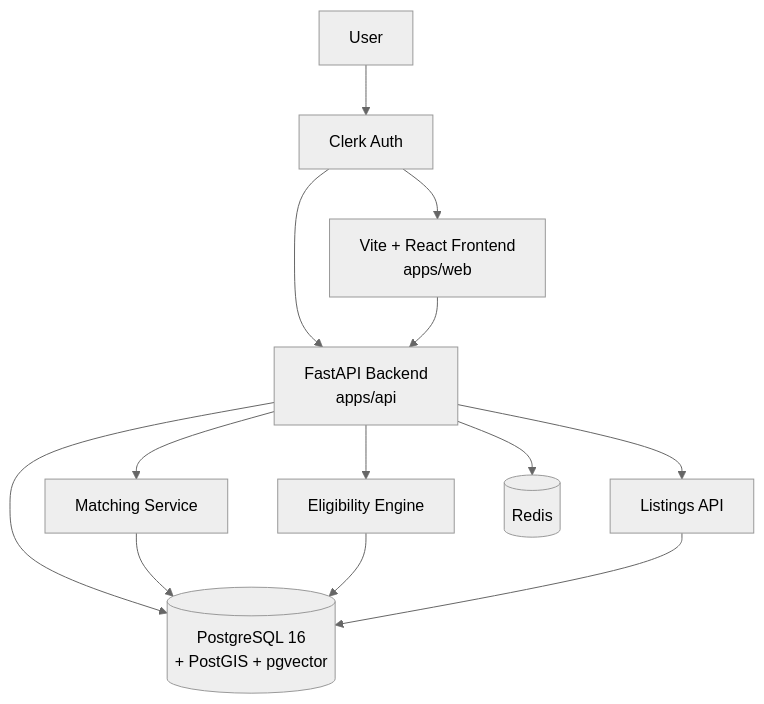
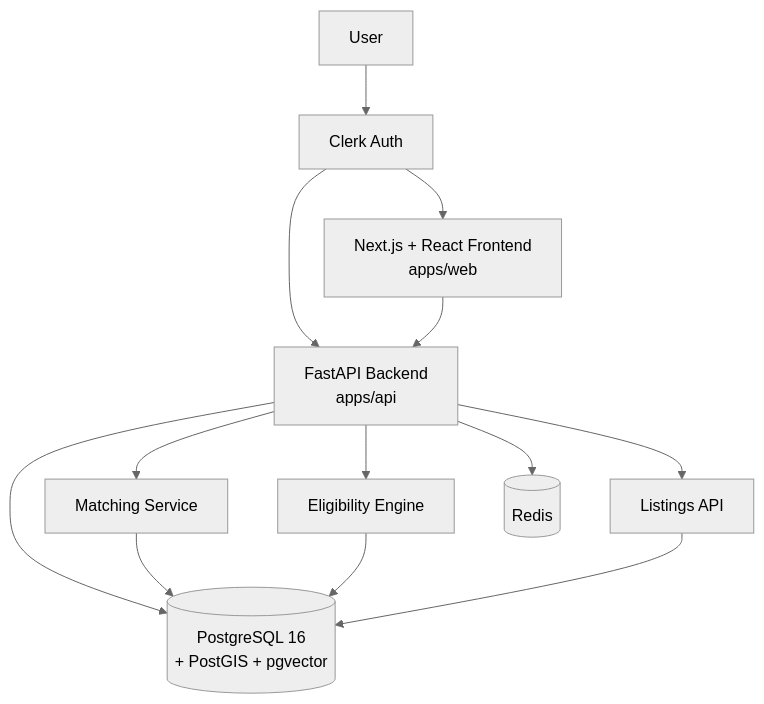
One commit to Chukwuemekaokafor77/MAPLEMATCH changed the diagram in MapleMatch/README.md. Above: the diagram before and after it, drawn with Mermaid (neutral theme).

Commit message:
Update frontend framework from Vite to Next.js

````diff
--- a/MapleMatch/README.md
+++ b/MapleMatch/README.md
@@ -48,15 +48,15 @@
 ```mermaid
 graph TB
     User[User] --> Clerk[Clerk Auth]
-    Clerk --> Web[Vite + React Frontend<br/>apps/web]
+    Clerk --> Web[Next.js + React Frontend<br/>apps/web]
     Clerk --> API[FastAPI Backend<br/>apps/api]
     Web --> API
     API --> Eligibility[Eligibility Engine]
     API --> Matching[Matching Service]
     API --> Listings[Listings API]
     API --> DB[(PostgreSQL 16<br/>+ PostGIS + pgvector)]
     API --> Cache[(Redis)]
     Matching --> DB
     Eligibility --> DB
     Listings --> DB
 ```
````
